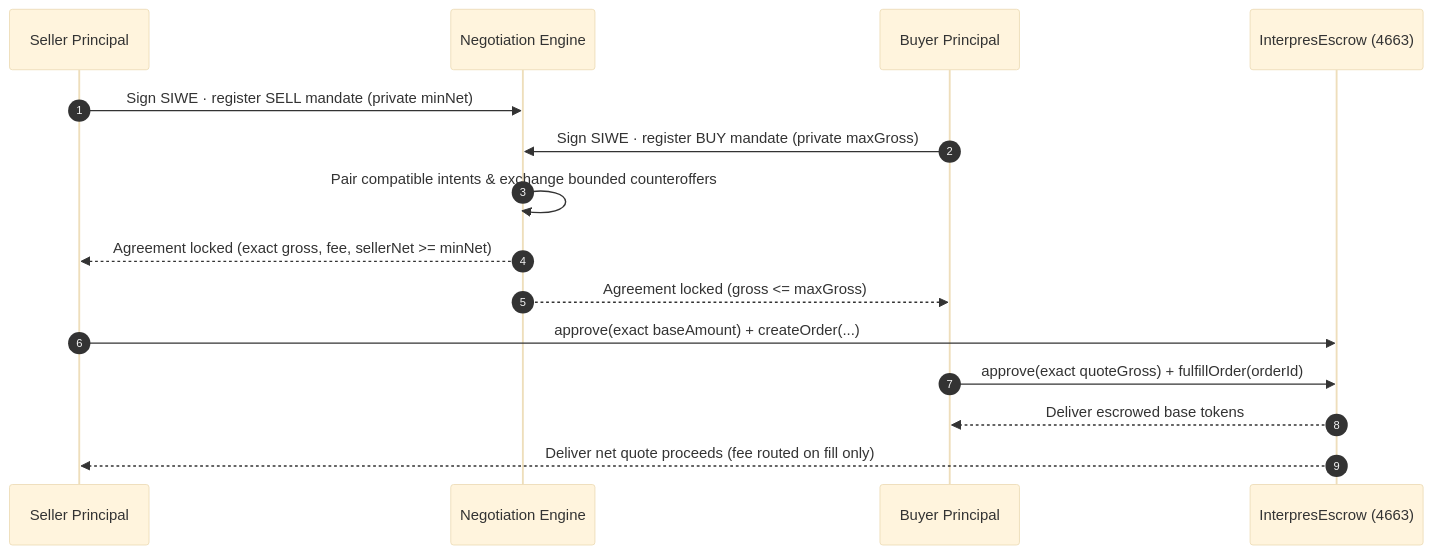
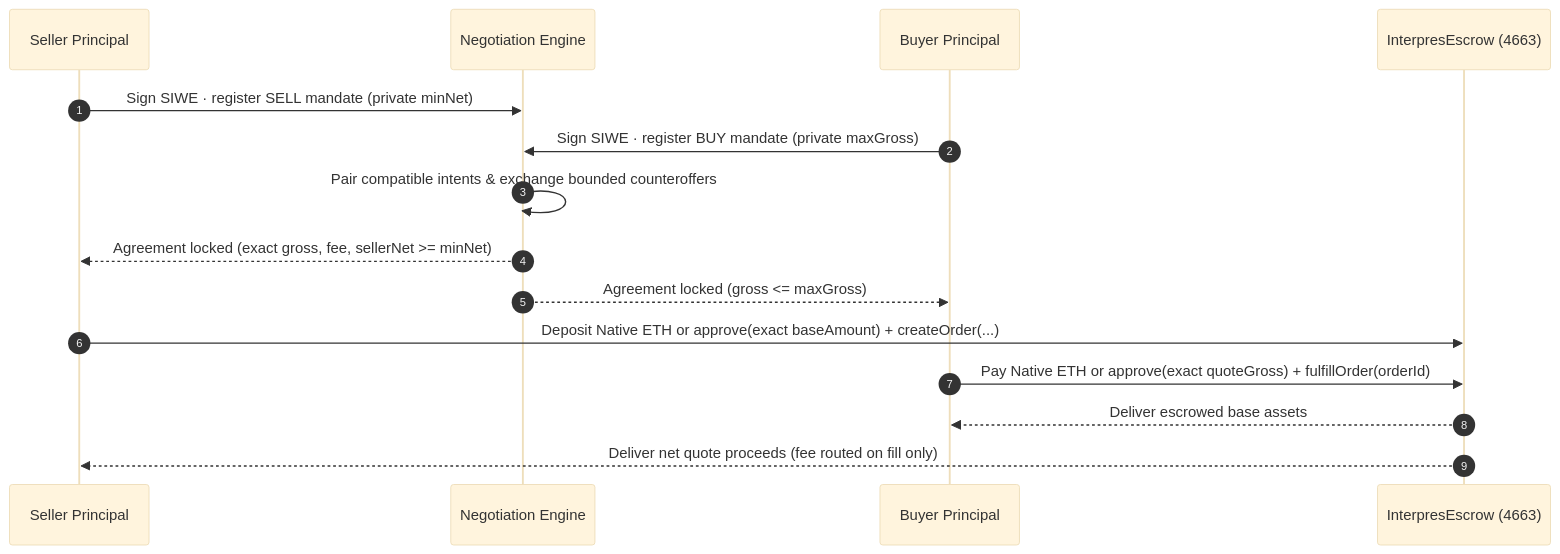
The diagram in README.md (0xGarrySalmon/interpres), drawn with Mermaid (base theme) before and after one commit. The commit also changed other lines of this file and 2 other files, not shown here.

````diff
--- a/README.md
+++ b/README.md
@@ -82,17 +83,17 @@
 ```mermaid
 sequenceDiagram
     autonumber
     participant S as Seller Principal
     participant A as Negotiation Engine
     participant B as Buyer Principal
     participant E as InterpresEscrow (4663)
     S->>A: Sign SIWE · register SELL mandate (private minNet)
     B->>A: Sign SIWE · register BUY mandate (private maxGross)
     A->>A: Pair compatible intents & exchange bounded counteroffers
     A-->>S: Agreement locked (exact gross, fee, sellerNet >= minNet)
     A-->>B: Agreement locked (gross <= maxGross)
-    S->>E: approve(exact baseAmount) + createOrder(...)
-    B->>E: approve(exact quoteGross) + fulfillOrder(orderId)
-    E-->>B: Deliver escrowed base tokens
+    S->>E: Deposit Native ETH or approve(exact baseAmount) + createOrder(...)
+    B->>E: Pay Native ETH or approve(exact quoteGross) + fulfillOrder(orderId)
+    E-->>B: Deliver escrowed base assets
     E-->>S: Deliver net quote proceeds (fee routed on fill only)
 ```
````
